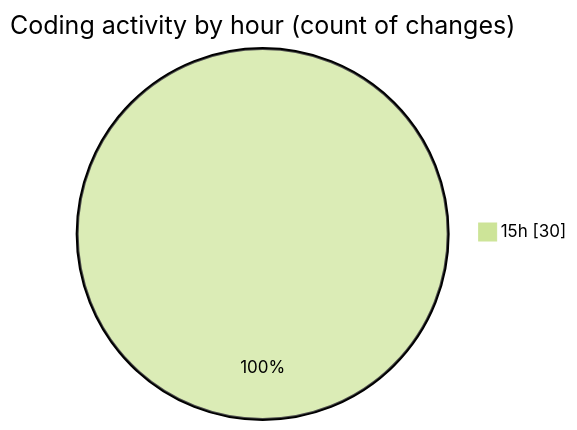
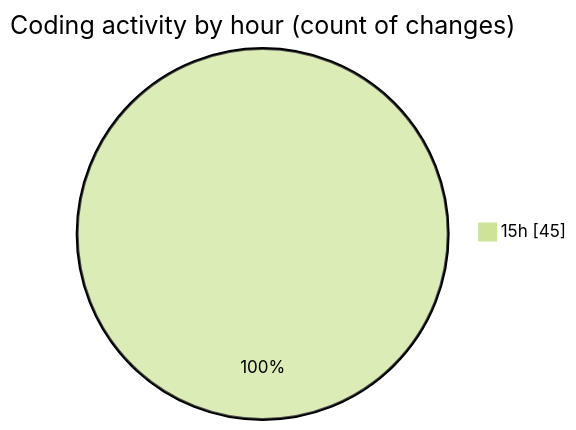
The second of 2 diagrams in 2025-04-07/sungpt/README.md (Elitesun/code-tracking), drawn with Mermaid (forest theme) before and after one commit. The commit also changed other lines of this file and 1 other file, not shown here.

````diff
--- a/2025-04-07/sungpt/README.md
+++ b/2025-04-07/sungpt/README.md
@@ -36,5 +37,5 @@
 ```mermaid
 pie showData
 title Coding activity by hour (count of changes)
-"15h" : 30
+"15h" : 45
 ```
````
